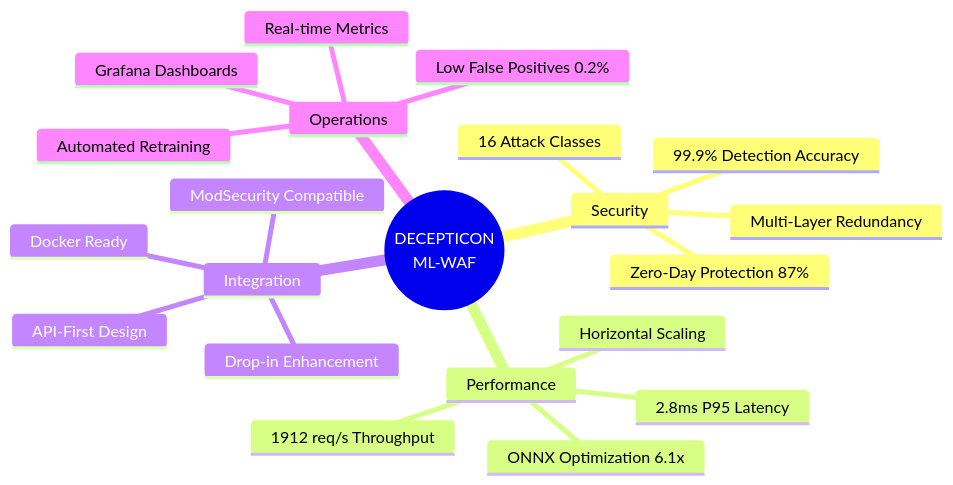
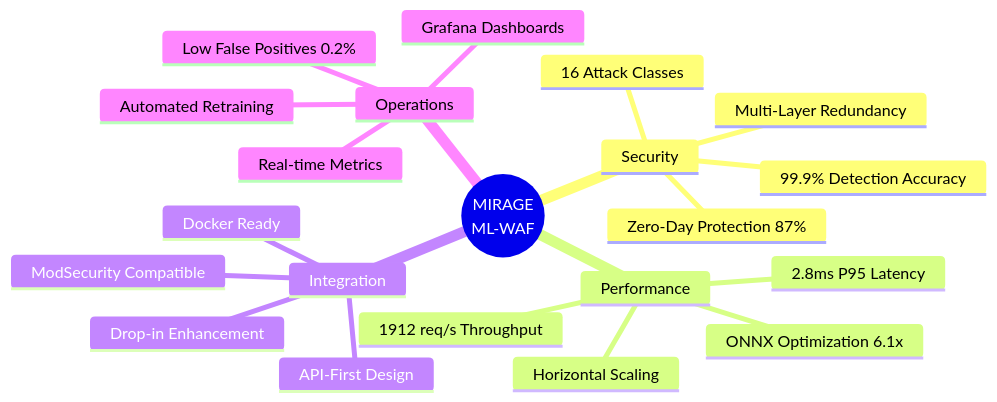
Before and after one commit to SaiBhujbal/Mirage: diagram 22 of 22 in TECHNICAL_DOCUMENTATION.md, drawn with Mermaid. The commit also changed other lines of this file and 126 other files, not shown here.

````diff
--- a/TECHNICAL_DOCUMENTATION.md
+++ b/TECHNICAL_DOCUMENTATION.md
@@ -1520,24 +1520,24 @@
 ```mermaid
 mindmap
-  root((DECEPTICON<br/>ML-WAF))
+  root((MIRAGE<br/>ML-WAF))
     Security
       99.9% Detection Accuracy
       Zero-Day Protection 87%
       16 Attack Classes
       Multi-Layer Redundancy
     Performance
       2.8ms P95 Latency
       1912 req/s Throughput
       ONNX Optimization 6.1x
       Horizontal Scaling
     Integration
       ModSecurity Compatible
       Drop-in Enhancement
       API-First Design
       Docker Ready
     Operations
       Real-time Metrics
       Grafana Dashboards
       Automated Retraining
       Low False Positives 0.2%
 ```
````
